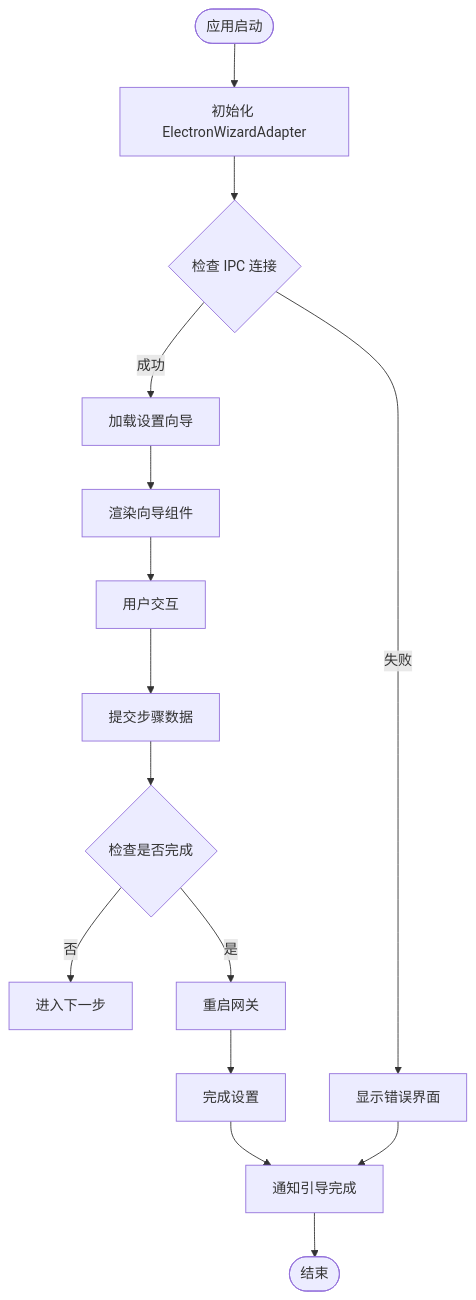
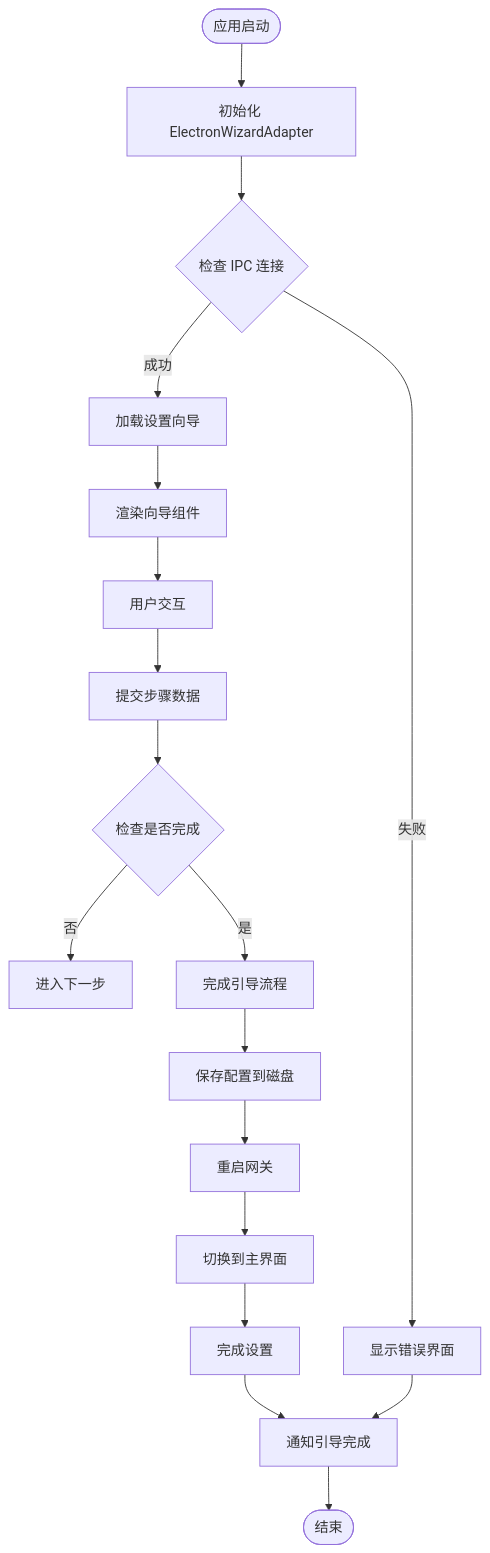
One commit to verse-ai-org/openclaw changed the seventh of 7 diagrams in .qoder/repowiki/zh/content/设置向导集成指南.md. Above: the diagram before and after it, drawn with Mermaid. The commit also changed other lines of this file and 78 other files, not shown here.

````diff
--- a/.qoder/repowiki/zh/content/设置向导集成指南.md
+++ b/.qoder/repowiki/zh/content/设置向导集成指南.md
@@ -303,17 +314,20 @@
 ```mermaid
 flowchart TD
 Start([应用启动]) --> InitAdapter[初始化 ElectronWizardAdapter]
 InitAdapter --> CheckIPC{检查 IPC 连接}
 CheckIPC --> |成功| LoadWizard[加载设置向导]
 CheckIPC --> |失败| ShowError[显示错误界面]
 ShowError --> NotifyComplete[通知引导完成]
 LoadWizard --> RenderWizard[渲染向导组件]
 RenderWizard --> UserInteraction[用户交互]
 UserInteraction --> SubmitData[提交步骤数据]
 SubmitData --> CheckDone{检查是否完成}
 CheckDone --> |否| NextStep[进入下一步]
-CheckDone --> |是| RestartGateway[重启网关]
-RestartGateway --> Complete[完成设置]
+CheckDone --> |是| FinalizeOnboarding[完成引导流程]
+FinalizeOnboarding --> SaveConfig[保存配置到磁盘]
+SaveConfig --> RestartGateway[重启网关]
+RestartGateway --> SwitchInterface[切换到主界面]
+SwitchInterface --> Complete[完成设置]
 Complete --> NotifyComplete
 NotifyComplete --> End([结束])
 ```
````
